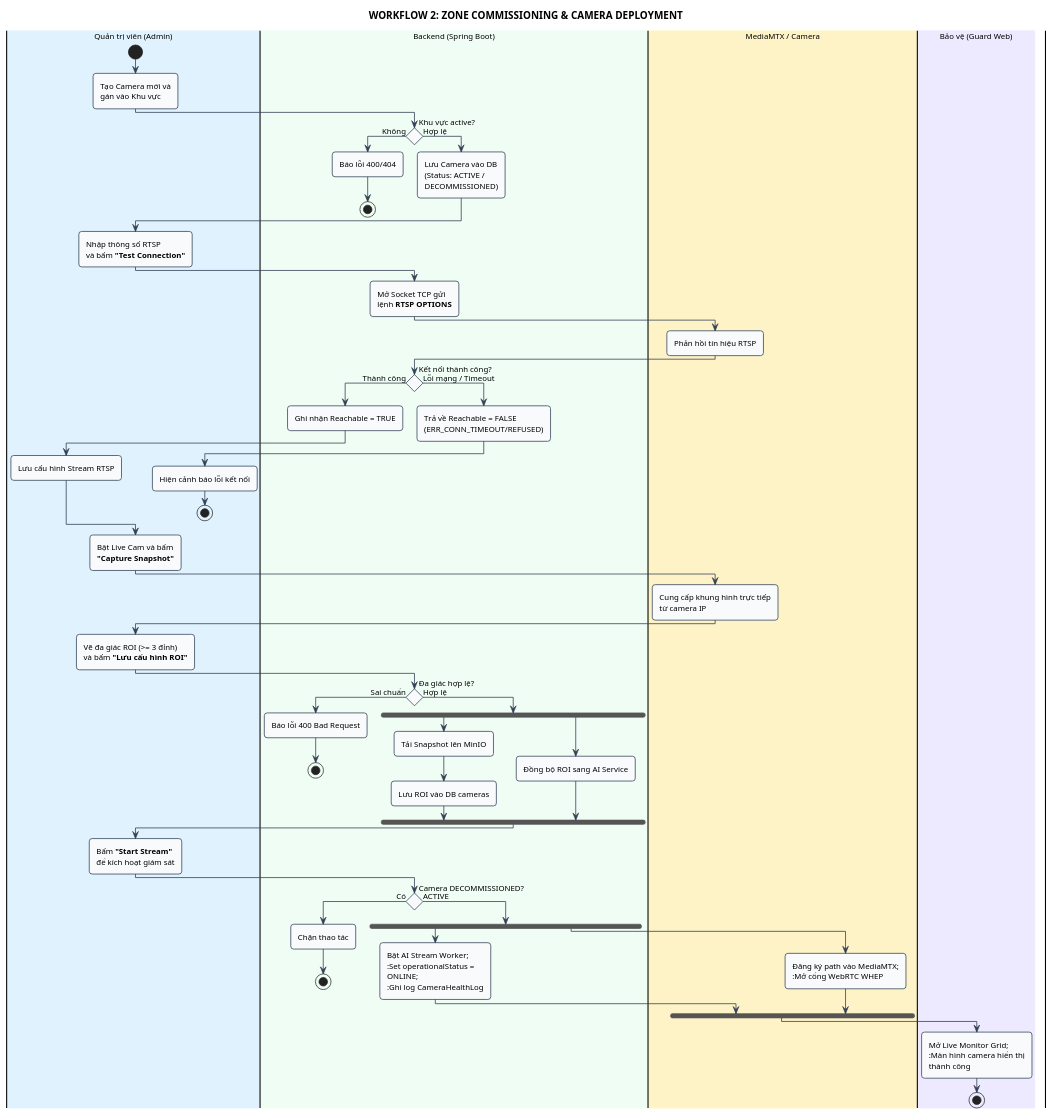
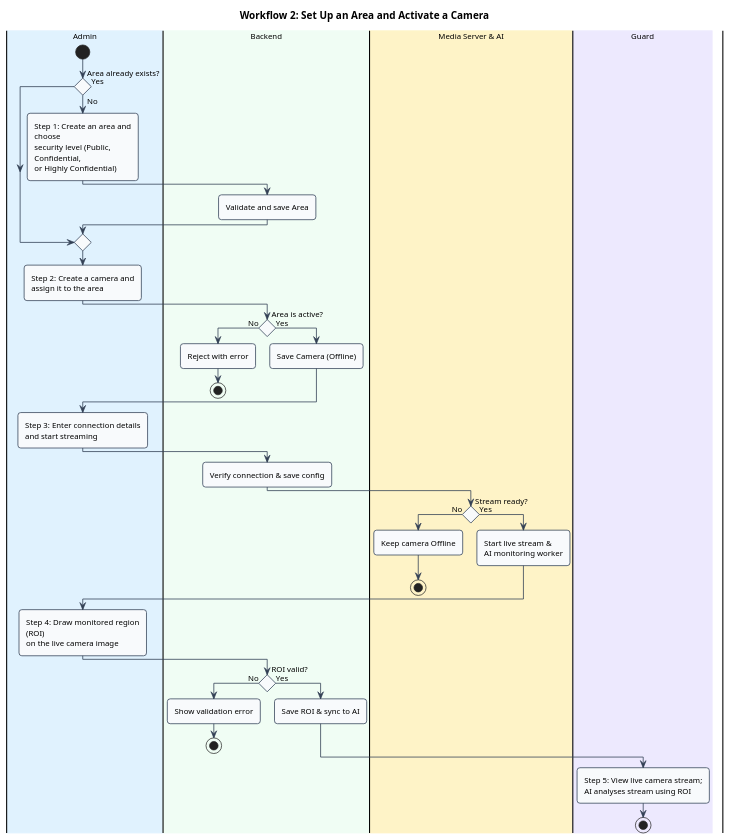
The diagram in docs/diagrams/activity_workflow_2.puml (AnhHao2505/AI-Based-Intelligent-Campus-Security-Surveillance-System), drawn with PlantUML before and after one commit. The commit also changed 2 other files, not shown here.

Commit message:
feat(diagrams): update activity workflow diagram for camera setup process

```diff
--- a/docs/diagrams/activity_workflow_2.puml
+++ b/docs/diagrams/activity_workflow_2.puml
@@ -1,104 +1,74 @@
 @startuml activity_workflow_2
 skinparam backgroundColor #FFFFFF
 skinparam defaultFontName "Segoe UI", Arial, sans-serif
 skinparam defaultFontSize 11
-skinparam wrapWidth 160
-skinparam maxMessageSize 100
+skinparam wrapWidth 170
+skinparam maxMessageSize 110
 skinparam conditionStyle diamond
 skinparam roundCorner 8
 skinparam shadowing false
-skinparam swimlaneWidth 135
+skinparam swimlaneWidth 150
 
 skinparam ActivityBackgroundColor #F8FAFC
 skinparam ActivityBorderColor #475569
 skinparam ActivityBorderThickness 1.2
 skinparam ArrowColor #334155
 skinparam ArrowThickness 1.1
 
-skinparam NoteBackgroundColor #FEF9C3
-skinparam NoteBorderColor #CA8A04
-skinparam NoteFontSize 10
+title **Workflow 2: Set Up an Area and Activate a Camera**
 
-title **WORKFLOW 2: ZONE COMMISSIONING & CAMERA DEPLOYMENT**
+|#E0F2FE|Admin|
+|#F0FDF4|Backend|
+|#FEF3C7|Media Server & AI|
+|#EDE9FE|Guard|
 
-|#E0F2FE|Quản trị viên (Admin)|
-|#F0FDF4|Backend (Spring Boot)|
-|#FEF3C7|MediaMTX / Camera|
-|#EDE9FE|Bảo vệ (Guard Web)|
-
-|Quản trị viên (Admin)|
+|Admin|
 start
-:Tạo Camera mới và\ngán vào Khu vực;
-
-|Backend (Spring Boot)|
-if (Khu vực active?) then (Không)
-  :Báo lỗi 400/404;
-  stop
-else (Hợp lệ)
-  :Lưu Camera vào DB\n(Status: ACTIVE / DECOMMISSIONED);
+if (Area already exists?) then (No)
+  :Step 1: Create an area and choose\nsecurity level (Public, Confidential,\nor Highly Confidential);
+  |Backend|
+  :Validate and save Area;
+else (Yes)
 endif
 
-|Quản trị viên (Admin)|
-:Nhập thông số RTSP\nvà bấm **"Test Connection"**;
+|Admin|
+:Step 2: Create a camera and\nassign it to the area;
 
-|Backend (Spring Boot)|
-:Mở Socket TCP gửi\nlệnh **RTSP OPTIONS**;
-
-|MediaMTX / Camera|
-:Phản hồi tín hiệu RTSP;
-
-|Backend (Spring Boot)|
-if (Kết nối thành công?) then (Thành công)
-  :Ghi nhận Reachable = TRUE;
-  |Quản trị viên (Admin)|
-  :Lưu cấu hình Stream RTSP;
-else (Lỗi mạng / Timeout)
-  |Backend (Spring Boot)|
-  :Trả về Reachable = FALSE\n(ERR_CONN_TIMEOUT/REFUSED);
-  |Quản trị viên (Admin)|
-  :Hiện cảnh báo lỗi kết nối;
+|Backend|
+if (Area is active?) then (No)
+  :Reject with error;
   stop
+else (Yes)
+  :Save Camera (Offline);
 endif
 
-:Bật Live Cam và bấm\n**"Capture Snapshot"**;
+|Admin|
+:Step 3: Enter connection details\nand start streaming;
 
-|MediaMTX / Camera|
-:Cung cấp khung hình trực tiếp\ntừ camera IP;
+|Backend|
+:Verify connection & save config;
 
-|Quản trị viên (Admin)|
-:Vẽ đa giác ROI (>= 3 đỉnh)\nvà bấm **"Lưu cấu hình ROI"**;
-
-|Backend (Spring Boot)|
-if (Đa giác hợp lệ?) then (Sai chuẩn)
-  :Báo lỗi 400 Bad Request;
+|Media Server & AI|
+if (Stream ready?) then (No)
+  :Keep camera Offline;
   stop
-else (Hợp lệ)
-  fork
-    :Tải Snapshot lên MinIO;
-    :Lưu ROI vào DB cameras;
-  fork again
-    :Đồng bộ ROI sang AI Service;
-  end fork
+else (Yes)
+  :Start live stream &\nAI monitoring worker;
 endif
 
-|Quản trị viên (Admin)|
-:Bấm **"Start Stream"**\nđể kích hoạt giám sát;
+|Admin|
+:Step 4: Draw monitored region (ROI)\non the live camera image;
 
-|Backend (Spring Boot)|
-if (Camera DECOMMISSIONED?) then (Có)
-  :Chặn thao tác;
+|Backend|
+if (ROI valid?) then (No)
+  :Show validation error;
   stop
-else (ACTIVE)
-  fork
-    :Bật AI Stream Worker;\n:Set operationalStatus = ONLINE;\n:Ghi log CameraHealthLog;
-  fork again
-    |MediaMTX / Camera|
-    :Đăng ký path vào MediaMTX;\n:Mở cổng WebRTC WHEP;
-  end fork
+else (Yes)
+  :Save ROI & sync to AI;
 endif
 
-|Bảo vệ (Guard Web)|
-:Mở Live Monitor Grid;\n:Màn hình camera hiển thị thành công;
+|Guard|
+:Step 5: View live camera stream;\nAI analyses stream using ROI;
 stop
 
 @enduml
```
